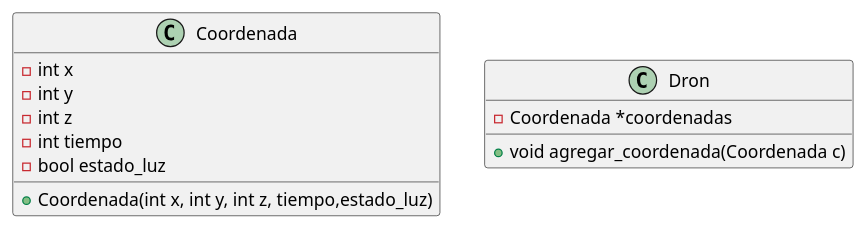
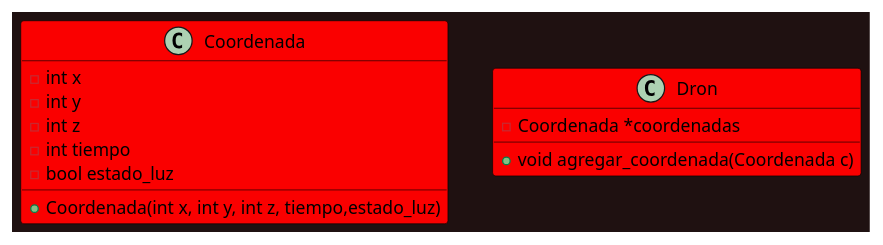
The diagram in TP1/diag3.puml (patriciowelch/TPSPOO), drawn with PlantUML before and after one commit. The commit also changed 4 other files, not shown here.

```diff
--- a/TP1/diag3.puml
+++ b/TP1/diag3.puml
@@ -1,15 +1,21 @@
 @startuml Ejercicio3
+skinparam BackgroundColor #1f1111
+skinparam class {
+    BackgroundColor #fa0000
+    ArrowColor Black
+    BorderColor Black
+}
 class Coordenada{
     -int x
     -int y
     -int z
     -int tiempo
     -bool estado_luz
     +Coordenada(int x, int y, int z, tiempo,estado_luz)
 }
 
 class Dron{
     -Coordenada *coordenadas
     +void agregar_coordenada(Coordenada c)
 }
 @enduml
```
